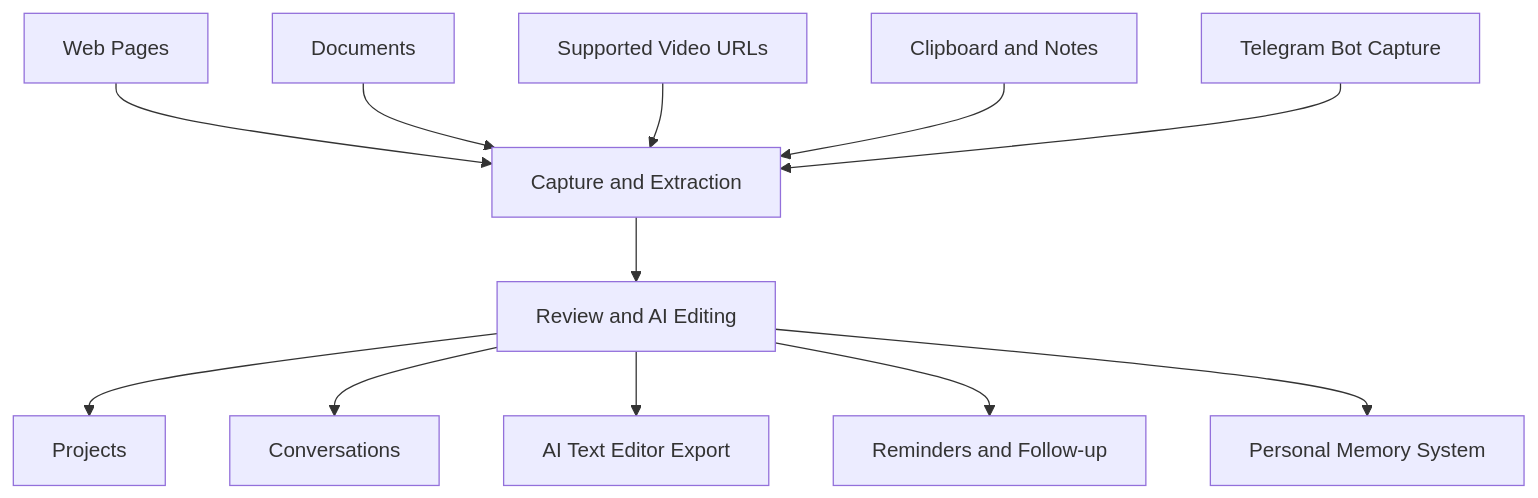
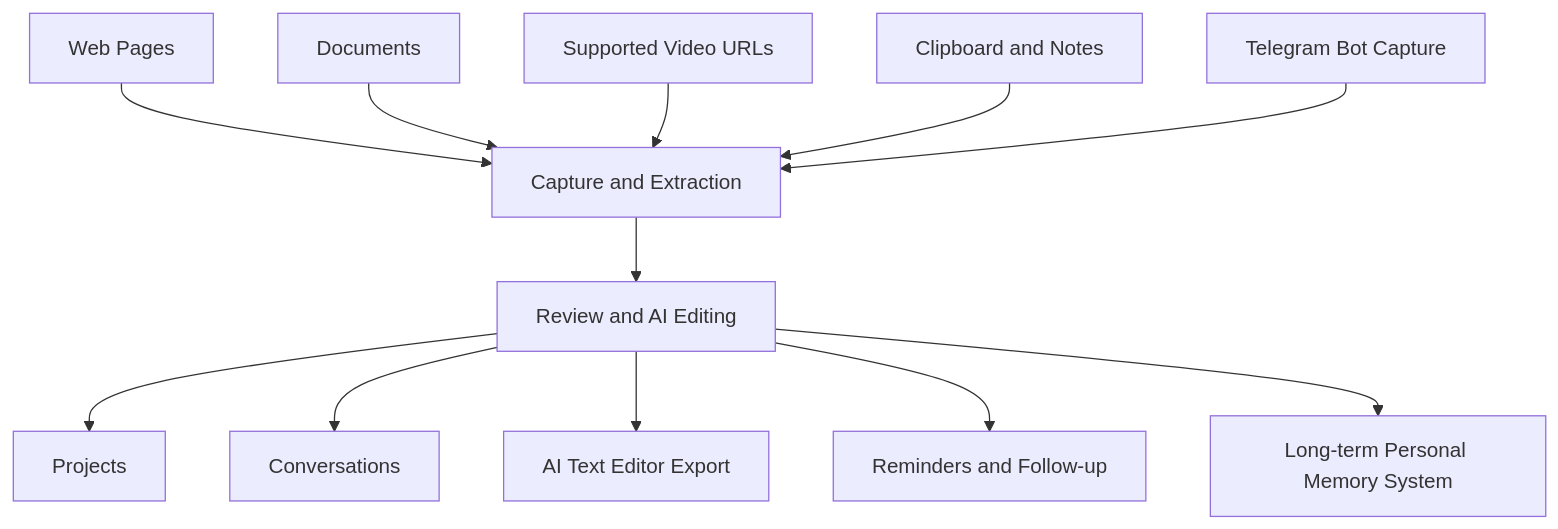
One commit to 3k1c/insightcap-community changed the first of 2 diagrams in README.md. Above: the diagram before and after it, drawn with Mermaid. The commit also changed other lines of this file and 1 other file, not shown here.

Commit message:
docs: emphasize long-term personal memory

````diff
--- a/README.md
+++ b/README.md
@@ -53,15 +54,15 @@
 ```mermaid
 flowchart TD
     A1[Web Pages] --> B[Capture and Extraction]
     A2[Documents] --> B
     A3[Supported Video URLs] --> B
     A4[Clipboard and Notes] --> B
     A5[Telegram Bot Capture] --> B
 
     B --> C[Review and AI Editing]
     C --> D1[Projects]
     C --> D2[Conversations]
     C --> D3[AI Text Editor Export]
     C --> D4[Reminders and Follow-up]
-    C --> E[Personal Memory System]
+    C --> E[Long-term Personal Memory System]
 ```
````
